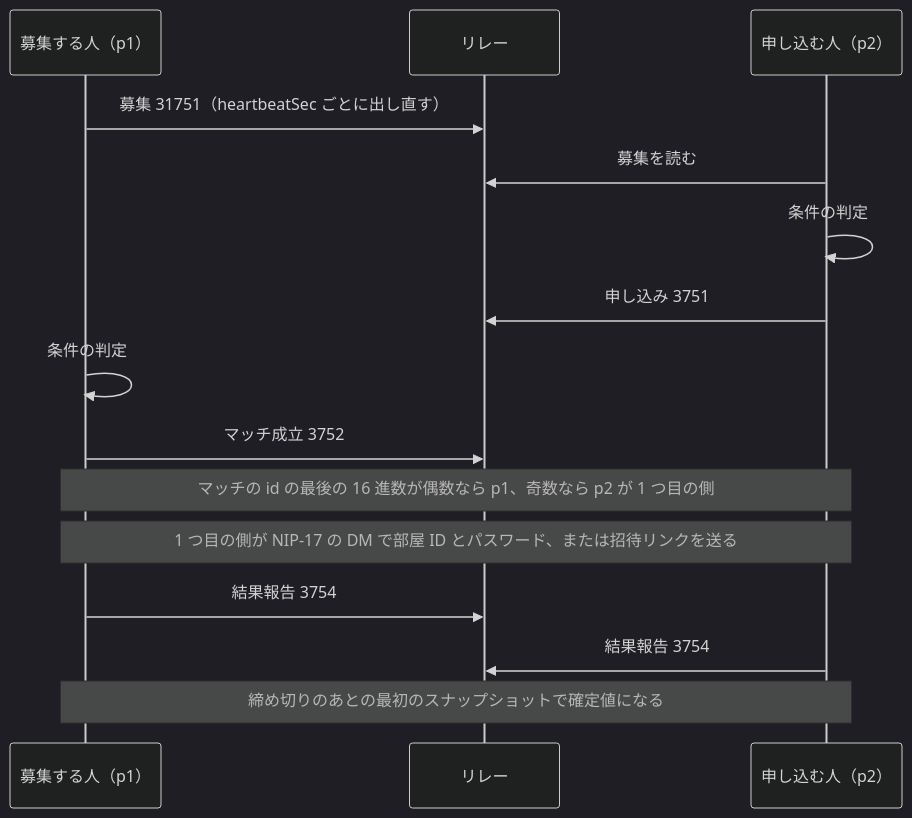
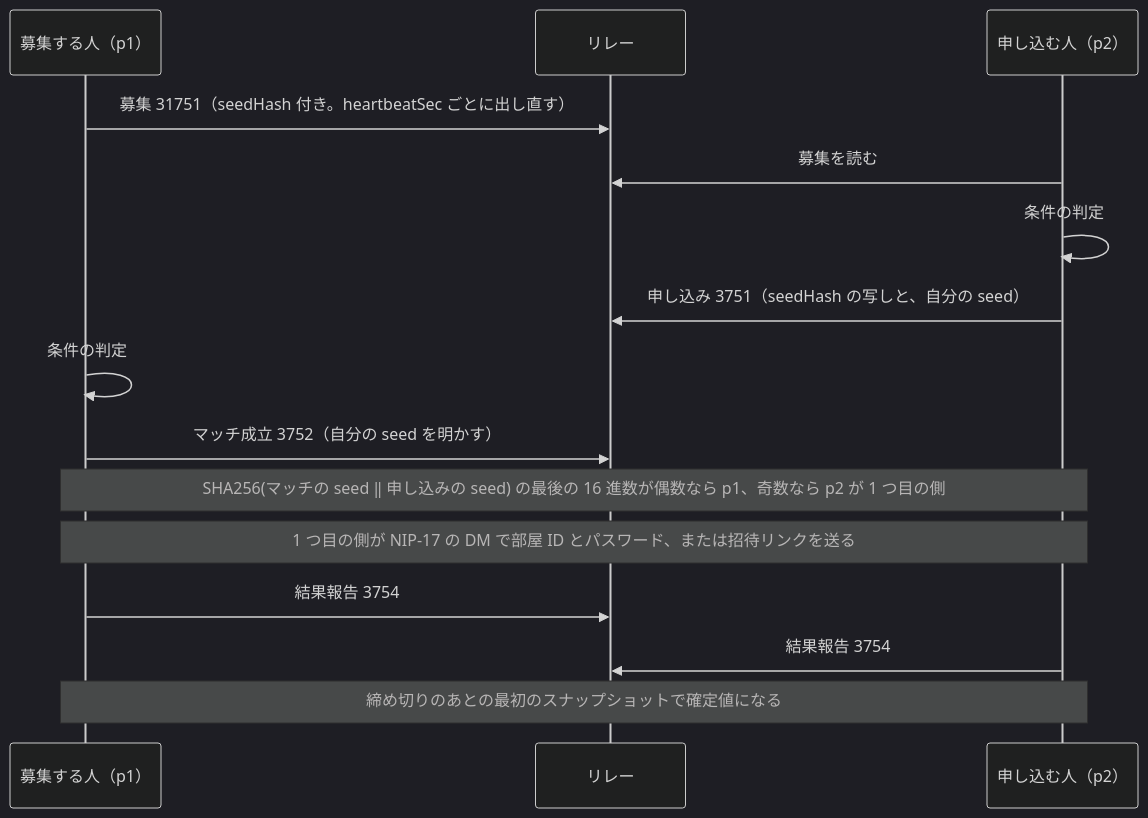
The fifth of 6 diagrams in docs/spec.md (nostr-rating/nostr-rating.github.io), drawn with Mermaid (dark theme) before and after one commit. The commit also changed other lines of this file and 41 other files, not shown here.

````diff
--- a/docs/spec.md
+++ b/docs/spec.md
@@ -612,17 +675,17 @@
 ```mermaid
 sequenceDiagram
   participant A as 募集する人（p1）
   participant R as リレー
   participant B as 申し込む人（p2）
-  A->>R: 募集 31751（heartbeatSec ごとに出し直す）
+  A->>R: 募集 31751（seedHash 付き。heartbeatSec ごとに出し直す）
   B->>R: 募集を読む
   B->>B: 条件の判定
-  B->>R: 申し込み 3751
+  B->>R: 申し込み 3751（seedHash の写しと、自分の seed）
   A->>A: 条件の判定
-  A->>R: マッチ成立 3752
-  Note over A,B: マッチの id の最後の 16 進数が偶数なら p1、奇数なら p2 が 1 つ目の側
+  A->>R: マッチ成立 3752（自分の seed を明かす）
+  Note over A,B: SHA256(マッチの seed ‖ 申し込みの seed) の最後の 16 進数が偶数なら p1、奇数なら p2 が 1 つ目の側
   Note over A,B: 1 つ目の側が NIP-17 の DM で部屋 ID とパスワード、または招待リンクを送る
   A->>R: 結果報告 3754
   B->>R: 結果報告 3754
   Note over A,B: 締め切りのあとの最初のスナップショットで確定値になる
 ```
````
